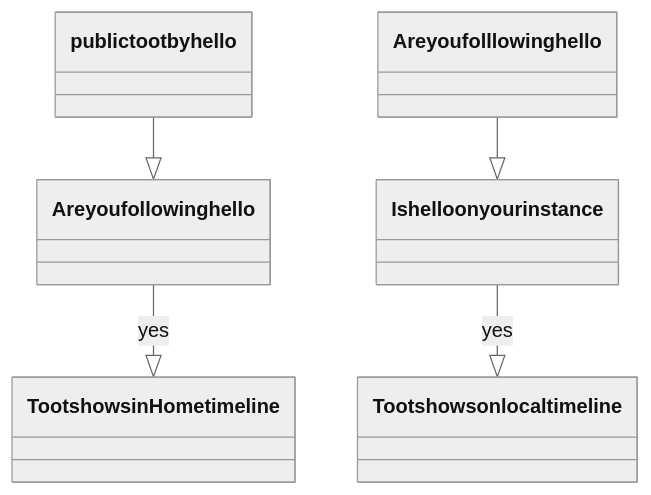
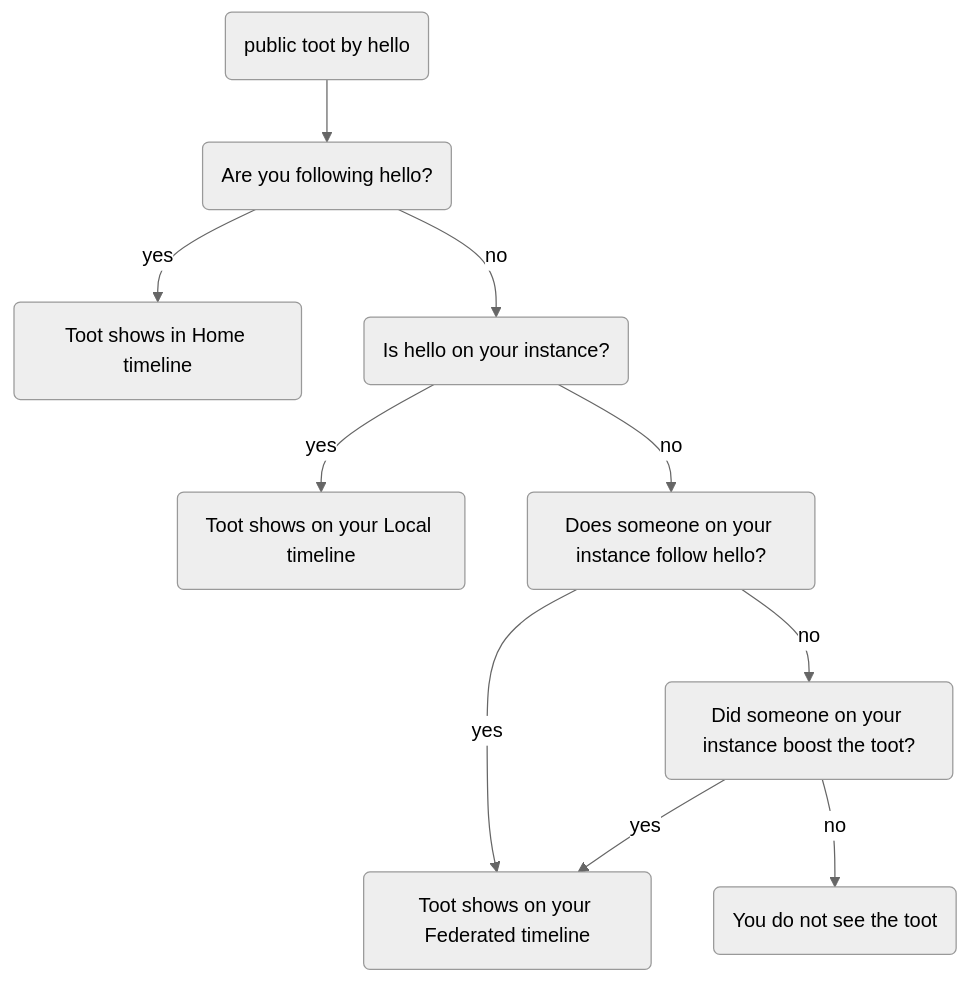
One commit to hachyderm/community changed the diagram in README.md. Above: the diagram before and after it, drawn with Mermaid (neutral theme).

Commit message:
Fixed syntax hopefully

````diff
--- a/README.md
+++ b/README.md
@@ -62,7 +62,12 @@
 ```mermaid
-classDiagram
-public toot by hello --|> Are you following hello
-Are you following hello --|> Toot shows in Home timeline : yes
-Are you folllowing hello --|> Is hello on your instance
-Is hello on your instance --|> Toot shows on local timeline : yes
+graph TD
+    A(public toot by hello) --> B(Are you following hello?)
+    B --> |yes| C(Toot shows in Home timeline)
+    B --> |no| D(Is hello on your instance?)
+    D --> |yes| E(Toot shows on your Local timeline)
+    D --> |no| F(Does someone on your instance follow hello?)
+    F --> |yes| G(Toot shows on your Federated timeline)
+    F --> |no| H(Did someone on your instance boost the toot?)
+    H --> |yes| G
+    H --> |no| I(You do not see the toot)
 ```
````
